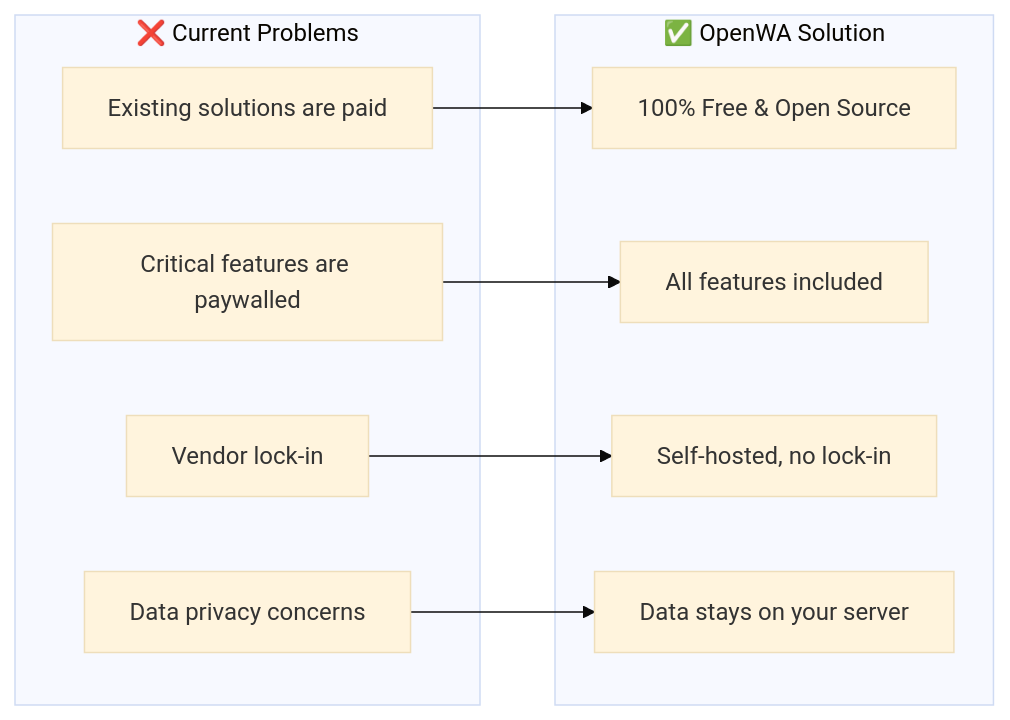
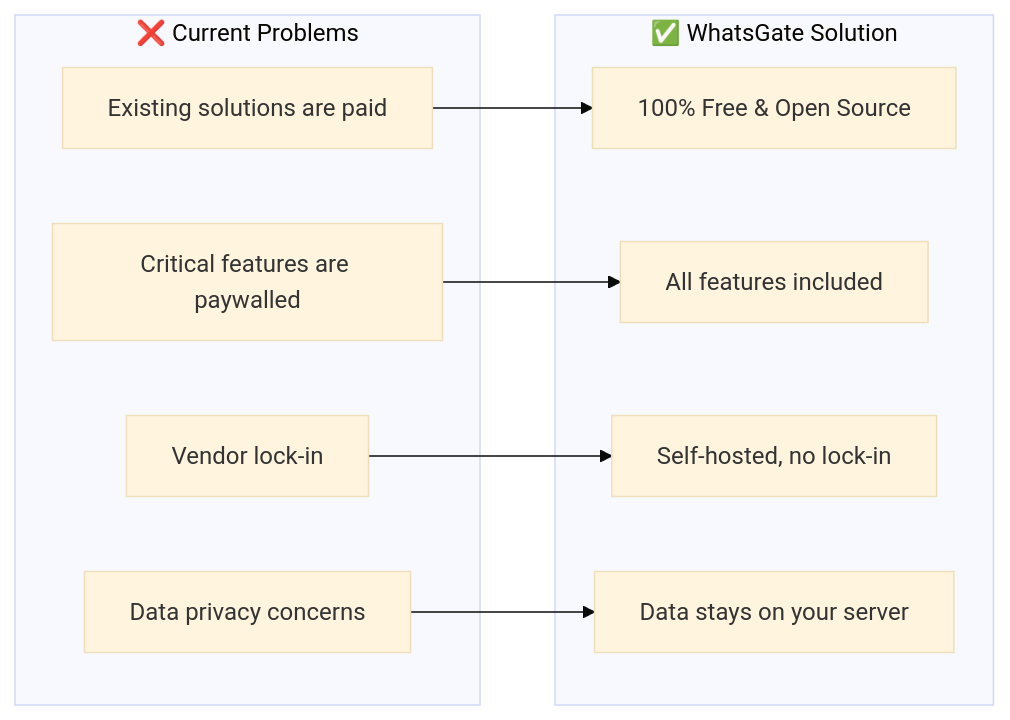
Before and after one commit to liminal-loop/whatsgate: the first of 5 diagrams in docs/01-project-overview.md, drawn with Mermaid (base theme). The commit also changed other lines of this file and 46 other files, not shown here.

Commit message:
chore: rebrand OpenWA to WhatsGate across app and docs

````diff
--- a/docs/01-project-overview.md
+++ b/docs/01-project-overview.md
@@ -34,21 +34,21 @@
 ```mermaid
 flowchart LR
     subgraph Problems["❌ Current Problems"]
         P1[Existing solutions are paid]
         P2[Critical features are paywalled]
         P3[Vendor lock-in]
         P4[Data privacy concerns]
     end
     
-    subgraph Solution["✅ OpenWA Solution"]
+    subgraph Solution["✅ WhatsGate Solution"]
         S1[100% Free & Open Source]
         S2[All features included]
         S3[Self-hosted, no lock-in]
         S4[Data stays on your server]
     end
     
     P1 --> S1
     P2 --> S2
     P3 --> S3
     P4 --> S4
 ```
````
